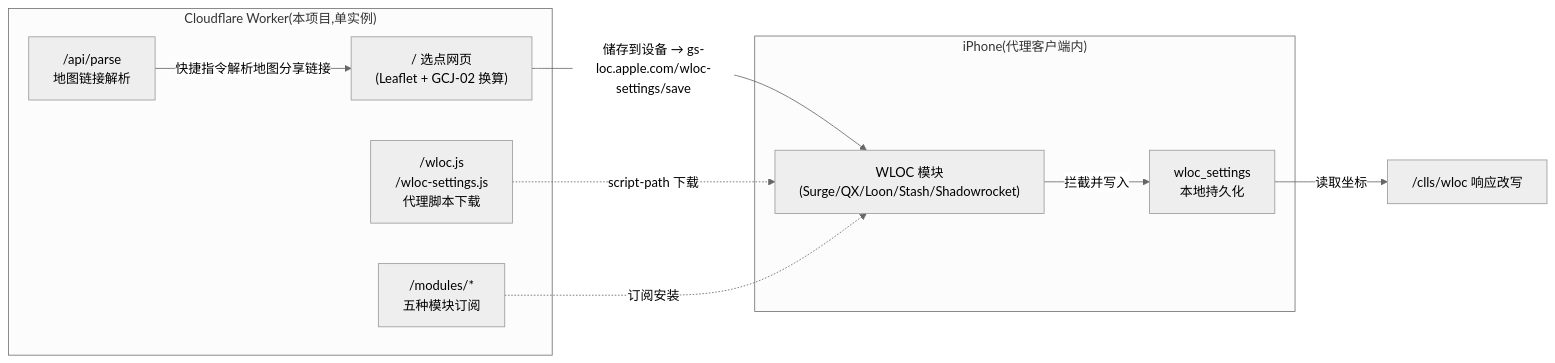
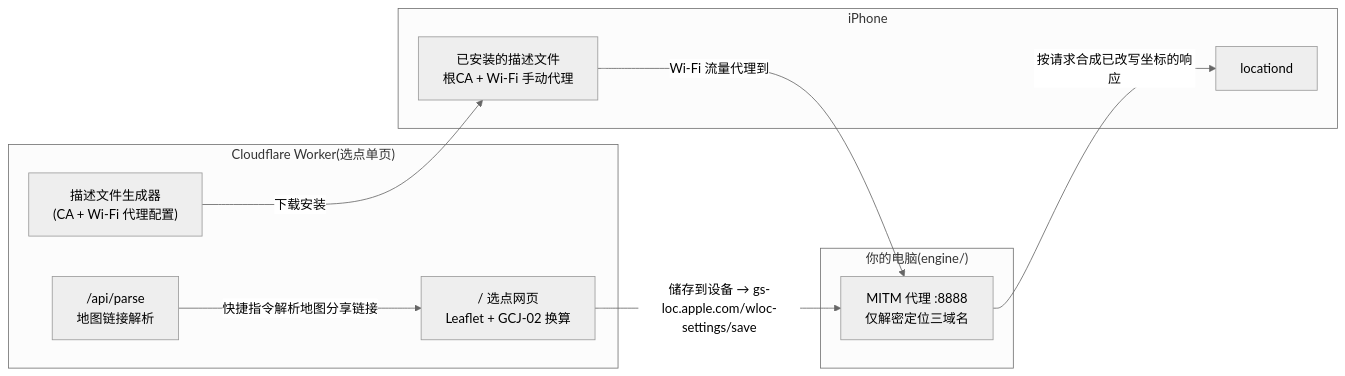
Before and after one commit to Amamiyashi0n/wwwloc: the diagram in README.md, drawn with Mermaid (neutral theme). The commit also changed other lines of this file and 6 other files, not shown here.

````diff
--- a/README.md
+++ b/README.md
@@ -33,19 +47,20 @@
 ```mermaid
 flowchart LR
-    subgraph Cloudflare Worker["Cloudflare Worker(本项目,单实例)"]
-        P["/ 选点网页<br/>(Leaflet + GCJ-02 换算)"]
+    subgraph CF["Cloudflare Worker(选点单页)"]
+        P["/ 选点网页<br/>Leaflet + GCJ-02 换算"]
+        G["描述文件生成器<br/>(CA + Wi-Fi 代理配置)"]
         A["/api/parse<br/>地图链接解析"]
-        S["/wloc.js<br/>/wloc-settings.js<br/>代理脚本下载"]
-        M["/modules/*<br/>五种模块订阅"]
     end
-    subgraph Phone["iPhone(代理客户端内)"]
-        MOD["WLOC 模块<br/>(Surge/QX/Loon/Stash/Shadowrocket)"]
-        PS["wloc_settings<br/>本地持久化"]
+    subgraph PC["你的电脑(engine/)"]
+        E["MITM 代理 :8888<br/>仅解密定位三域名"]
     end
-    P -->|"储存到设备 → gs-loc.apple.com/wloc-settings/save"| MOD
-    MOD -->|"拦截并写入"| PS
-    PS -->|"读取坐标"| WLOC["/clls/wloc 响应改写"]
-    S -.->|script-path 下载| MOD
-    M -.->|订阅安装| MOD
-    A -->|"快捷指令解析地图分享链接"| P
+    subgraph IP["iPhone"]
+        PR["已安装的描述文件<br/>根CA + Wi-Fi 手动代理"]
+        L["locationd"]
+    end
+    G -->|下载安装| PR
+    PR -->|Wi-Fi 流量代理到| E
+    P -->|"储存到设备 → gs-loc.apple.com/wloc-settings/save"| E
+    E -->|"按请求合成已改写坐标的响应"| L
+    A -->|快捷指令解析地图分享链接| P
 ```
````
